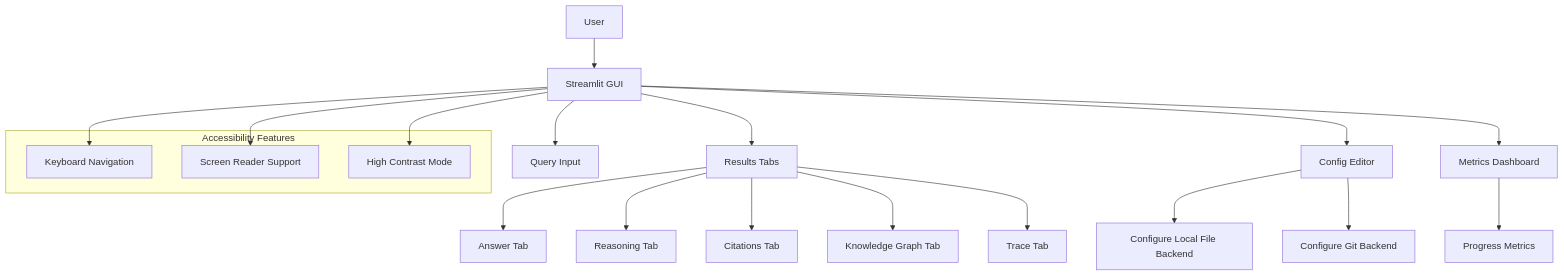
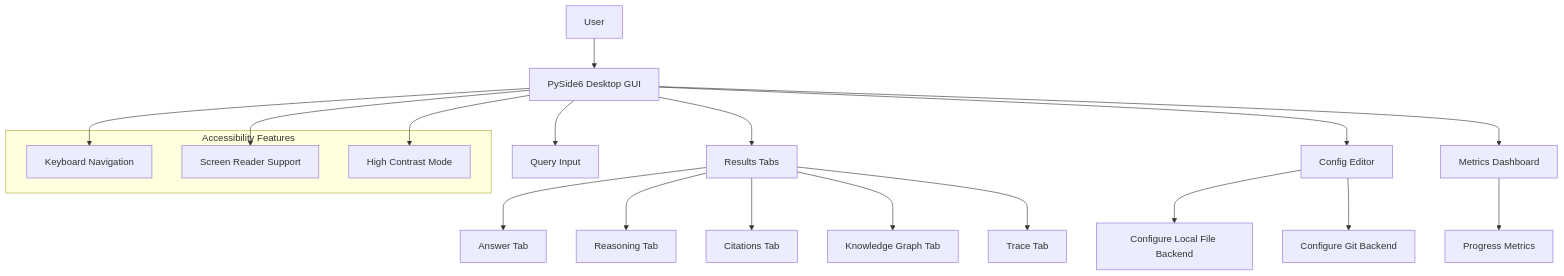
One commit to ravenoak/autoresearch changed the third of 5 diagrams in docs/diagrams/ux_architecture.md. Above: the diagram before and after it, drawn with Mermaid. The commit also changed other lines of this file and 1 other file, not shown here.

First line of the commit message:
docs(architecture): update system and UX architecture diagrams

````diff
--- a/docs/diagrams/ux_architecture.md
+++ b/docs/diagrams/ux_architecture.md
@@ -83,29 +83,29 @@
 ```mermaid
 graph TD
-    User[User] --> GUI[Streamlit GUI]
+    User[User] --> GUI[PySide6 Desktop GUI]
     
     GUI --> QueryInput[Query Input]
     GUI --> ResultsTabs[Results Tabs]
     GUI --> ConfigEditor[Config Editor]
     ConfigEditor --> LocalFileSetupGUI[Configure Local File Backend]
     ConfigEditor --> GitRepoSetupGUI[Configure Git Backend]
     GUI --> MetricsDashboard[Metrics Dashboard]
 
     MetricsDashboard --> ProgressMetrics[Progress Metrics]
 
     ResultsTabs --> AnswerTab[Answer Tab]
     ResultsTabs --> ReasoningTab[Reasoning Tab]
     ResultsTabs --> CitationsTab[Citations Tab]
     ResultsTabs --> KnowledgeGraphTab[Knowledge Graph Tab]
     ResultsTabs --> TraceTab[Trace Tab]
     
     subgraph "Accessibility Features"
         KeyboardNavigation[Keyboard Navigation]
         ScreenReaderSupport[Screen Reader Support]
         HighContrastMode[High Contrast Mode]
     end
     
     GUI --> KeyboardNavigation
     GUI --> ScreenReaderSupport
     GUI --> HighContrastMode
 ```
````
